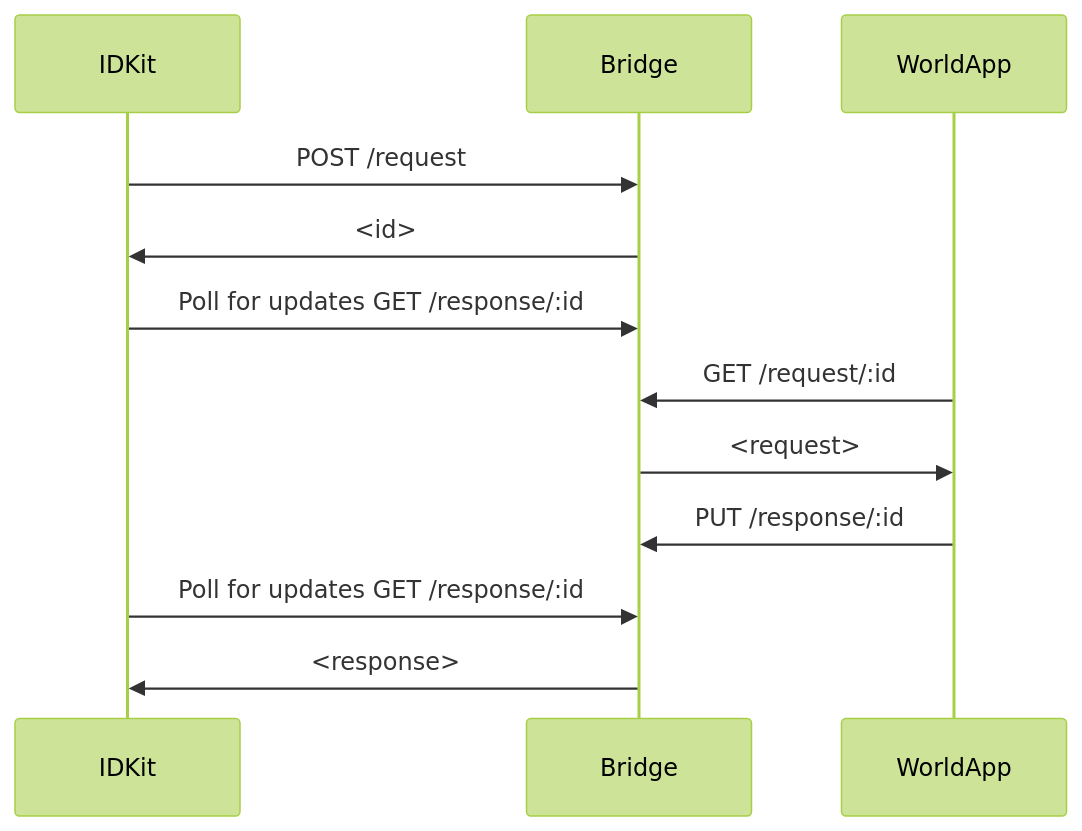
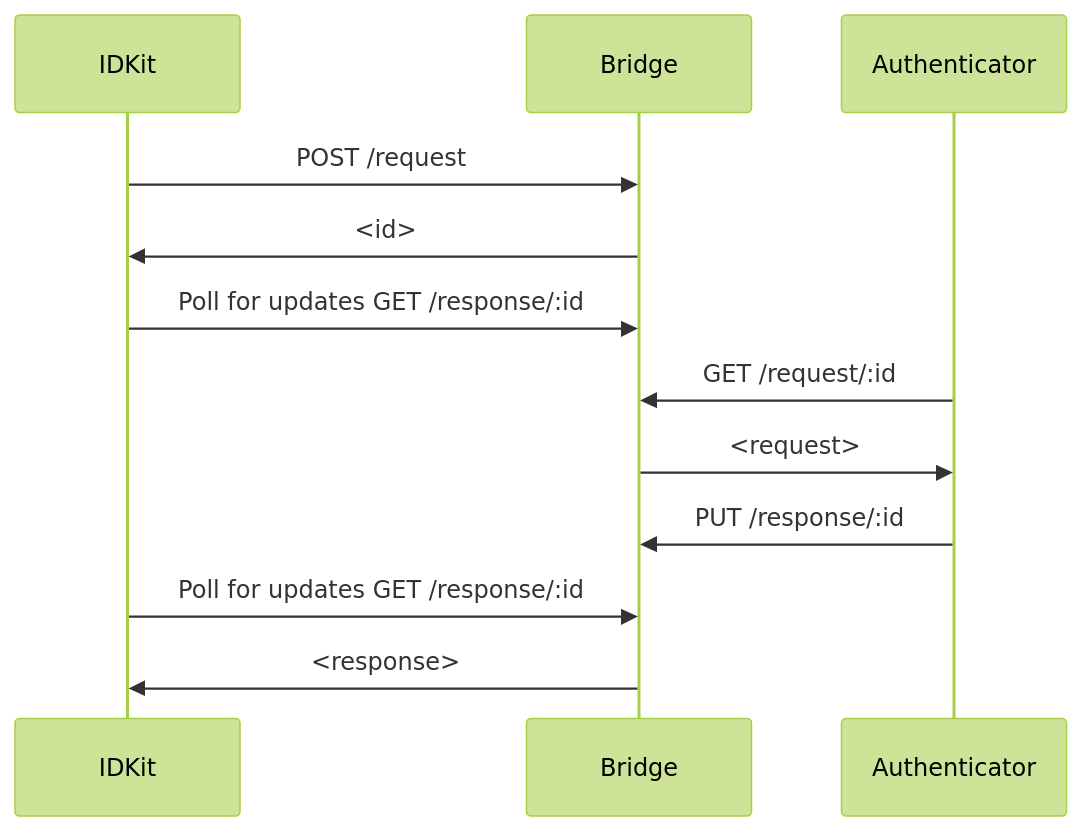
Before and after one commit to worldcoin/wallet-bridge: the first of 3 diagrams in README.md, drawn with Mermaid (forest theme). The commit also changed other lines of this file and 1 other file, not shown here.

First line of the commit message:
Add standalone response flow (#81)

````diff
--- a/README.md
+++ b/README.md
@@ -11,11 +11,11 @@
 ```mermaid
 sequenceDiagram
 IDKit ->> Bridge: POST /request
 Bridge ->> IDKit: <id>
 IDKit ->> Bridge: Poll for updates GET /response/:id
-WorldApp ->> Bridge: GET /request/:id
-Bridge ->> WorldApp: <request>
-WorldApp ->> Bridge: PUT /response/:id
+Authenticator ->> Bridge: GET /request/:id
+Bridge ->> Authenticator: <request>
+Authenticator ->> Bridge: PUT /response/:id
 IDKit ->> Bridge: Poll for updates GET /response/:id
 Bridge ->> IDKit: <response>
 ```
````
